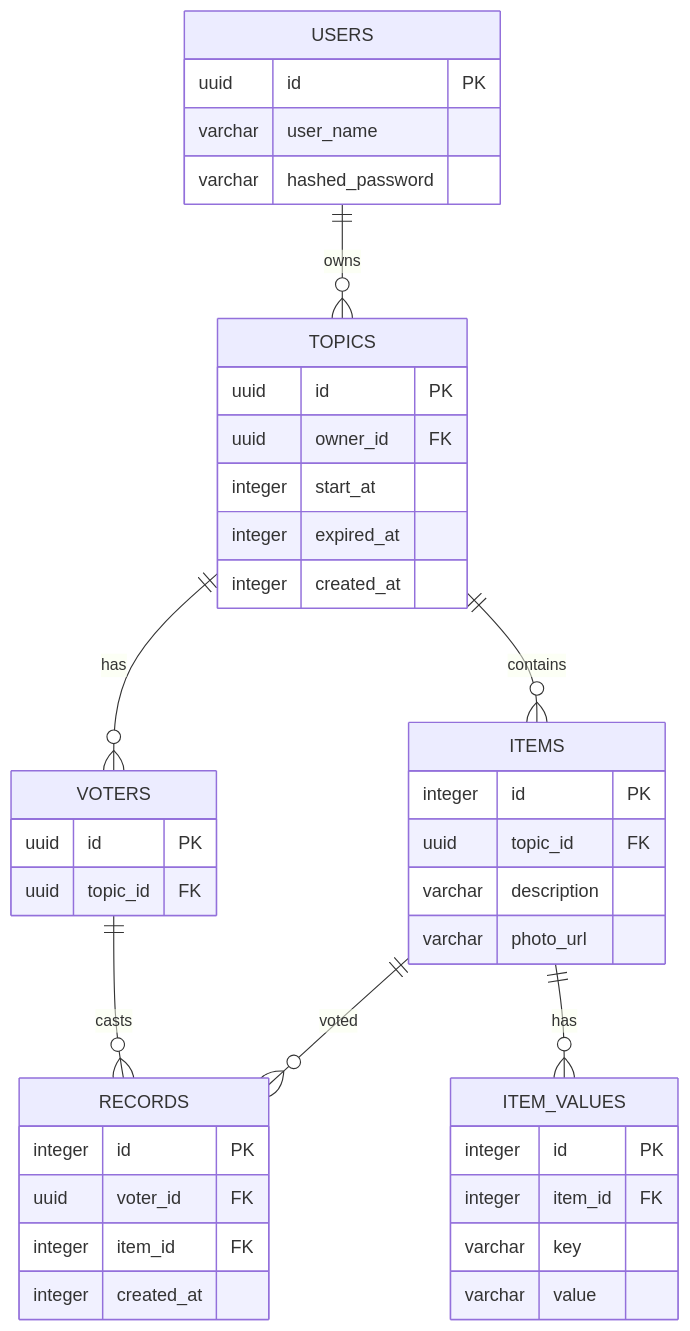
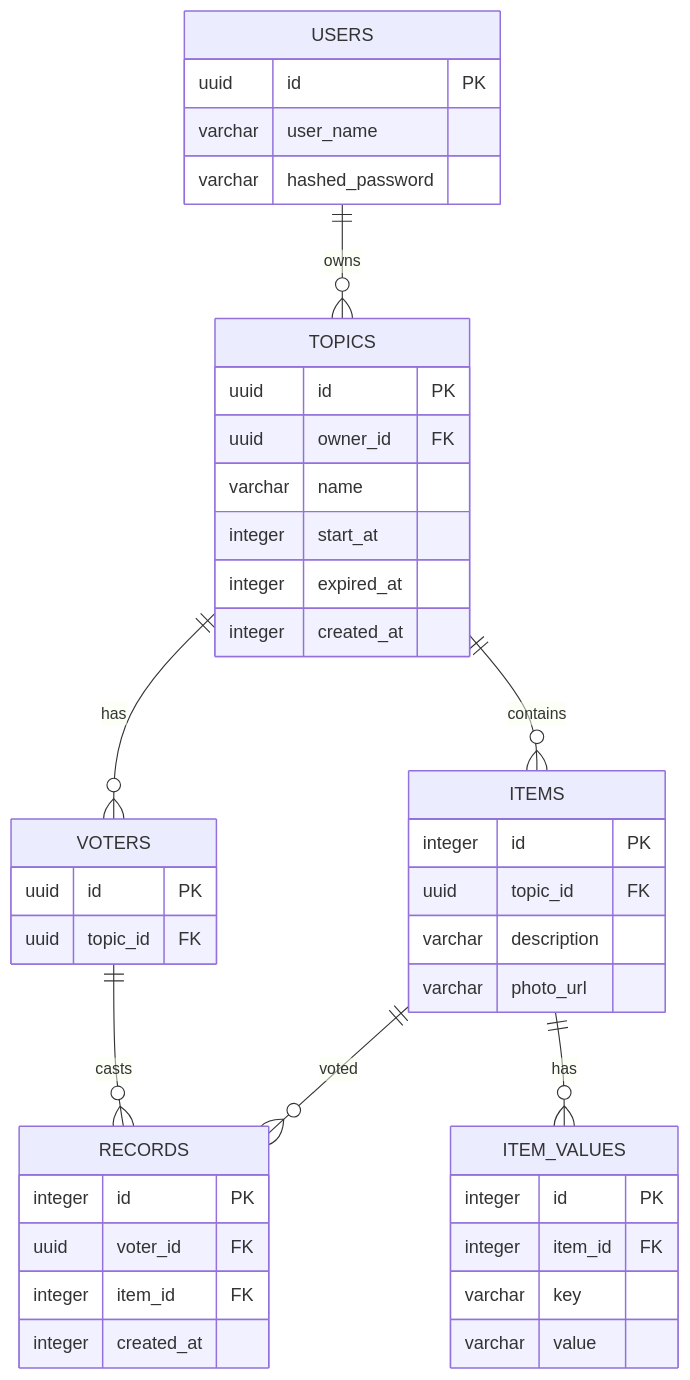
One commit to zukigit/zukivote changed the diagram in docs/db_schema.md. Above: the diagram before and after it, drawn with Mermaid. The commit also changed other lines of this file, not shown here.

Commit message:
doc: update database schema

````diff
--- a/docs/db_schema.md
+++ b/docs/db_schema.md
@@ -5,49 +5,50 @@
 ```mermaid
 erDiagram
     USERS {
         uuid id PK
         varchar user_name
         varchar hashed_password
     }
 
     TOPICS {
         uuid id PK
         uuid owner_id FK
+        varchar name
         integer start_at
         integer expired_at
         integer created_at
     }
 
     VOTERS {
         uuid id PK
         uuid topic_id FK
     }
 
     ITEMS {
         integer id PK
         uuid topic_id FK
         varchar description
         varchar photo_url
     }
 
     ITEM_VALUES {
         integer id PK
         integer item_id FK
         varchar key
         varchar value
     }
 
     RECORDS {
         integer id PK
         uuid voter_id FK
         integer item_id FK
         integer created_at
     }
 
     USERS ||--o{ TOPICS : owns
     TOPICS ||--o{ VOTERS : has
     TOPICS ||--o{ ITEMS : contains
     ITEMS ||--o{ ITEM_VALUES : has
     VOTERS ||--o{ RECORDS : casts
     ITEMS ||--o{ RECORDS : voted
 ```
````
